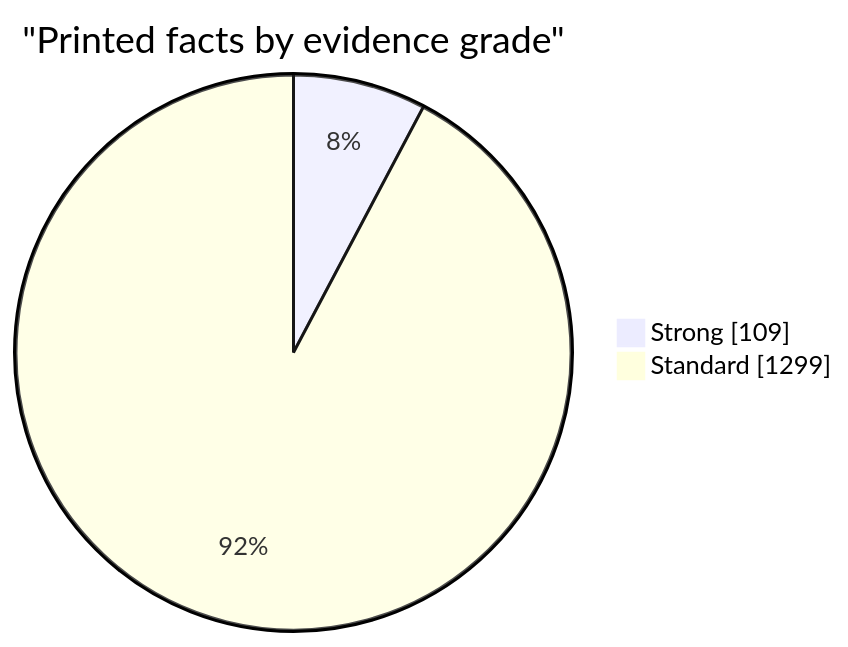
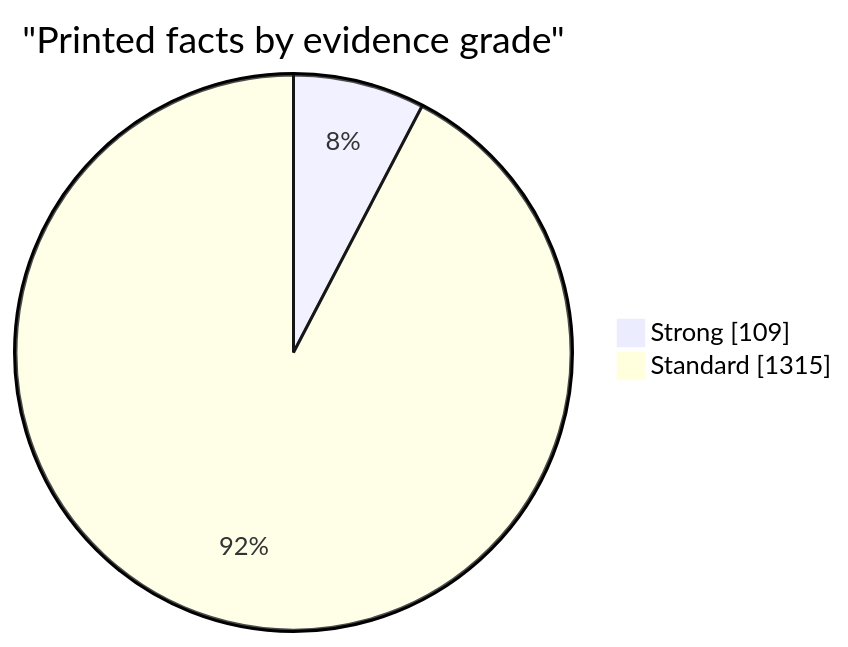
The first of 5 diagrams in docs/evidence.md (EU27-data-sovereignty/eu27-data-sovereignty), drawn with Mermaid before and after one commit. The commit also changed other lines of this file and 61 other files, not shown here.

````diff
--- a/docs/evidence.md
+++ b/docs/evidence.md
@@ -18,6 +18,6 @@
 ```mermaid
 pie showData
   title "Printed facts by evidence grade"
   "Strong" : 109
-  "Standard" : 1299
+  "Standard" : 1315
 ```
````
